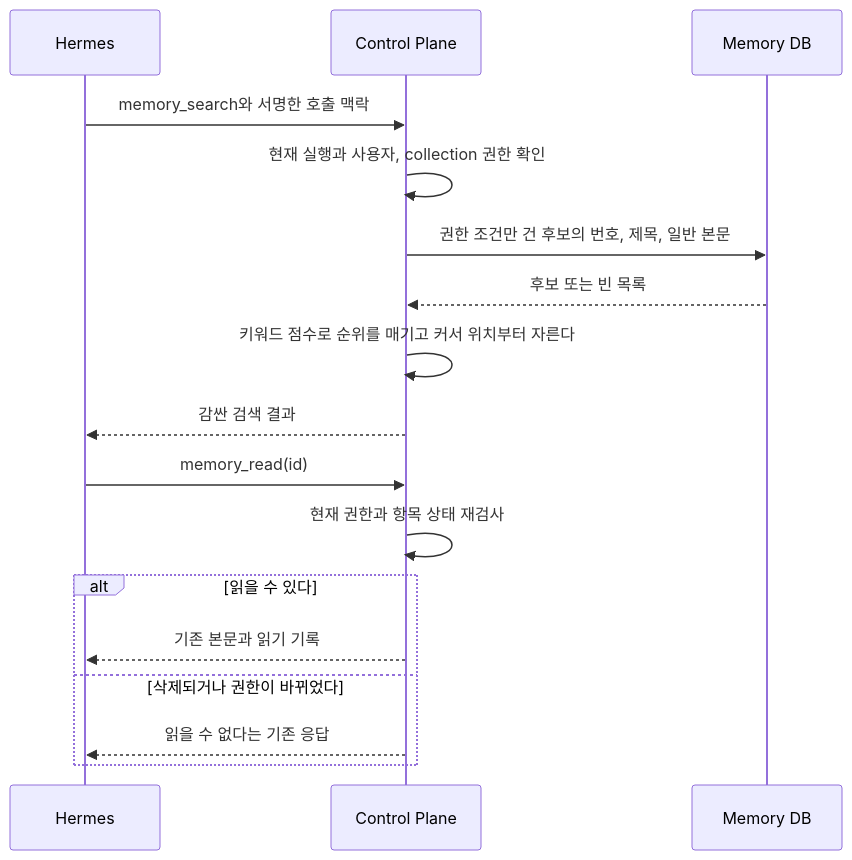
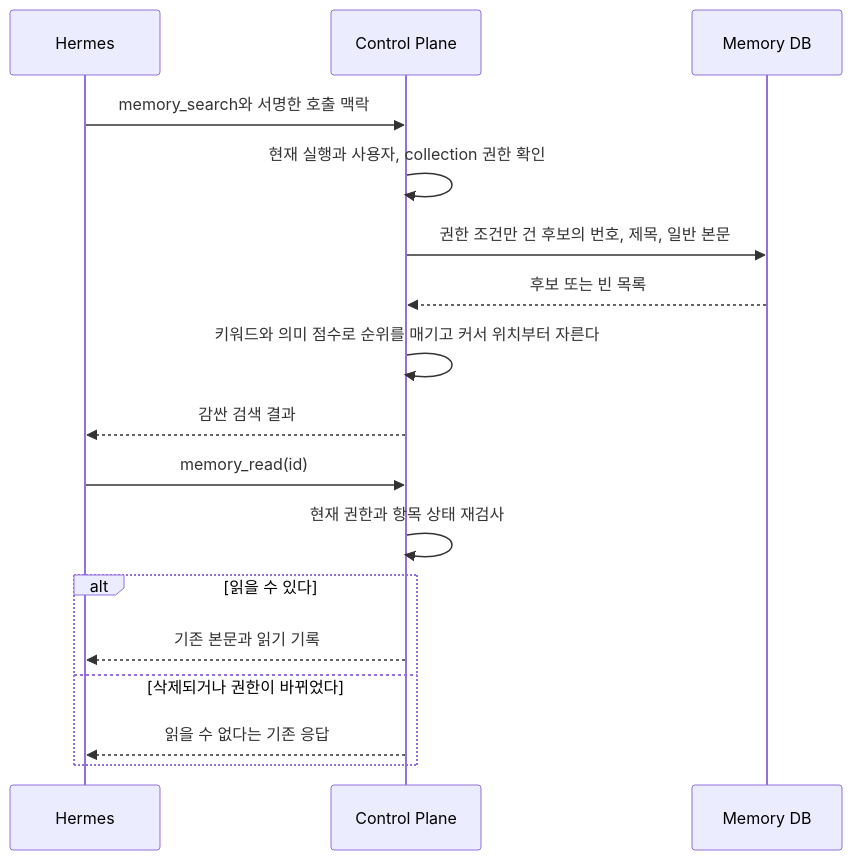
One commit to jon890/fos-assistant changed the first of 2 diagrams in docs/features/memory.md. Above: the diagram before and after it, drawn with Mermaid. The commit also changed other lines of this file and 2 other files, not shown here.

````diff
--- a/docs/features/memory.md
+++ b/docs/features/memory.md
@@ -22,19 +22,19 @@
 ```mermaid
 sequenceDiagram
     participant H as Hermes
     participant C as Control Plane
     participant D as Memory DB
     H->>C: memory_search와 서명한 호출 맥락
     C->>C: 현재 실행과 사용자, collection 권한 확인
     C->>D: 권한 조건만 건 후보의 번호, 제목, 일반 본문
     D-->>C: 후보 또는 빈 목록
-    C->>C: 키워드 점수로 순위를 매기고 커서 위치부터 자른다
+    C->>C: 키워드와 의미 점수로 순위를 매기고 커서 위치부터 자른다
     C-->>H: 감싼 검색 결과
     H->>C: memory_read(id)
     C->>C: 현재 권한과 항목 상태 재검사
     alt 읽을 수 있다
         C-->>H: 기존 본문과 읽기 기록
     else 삭제되거나 권한이 바뀌었다
         C-->>H: 읽을 수 없다는 기존 응답
     end
 ```
````
